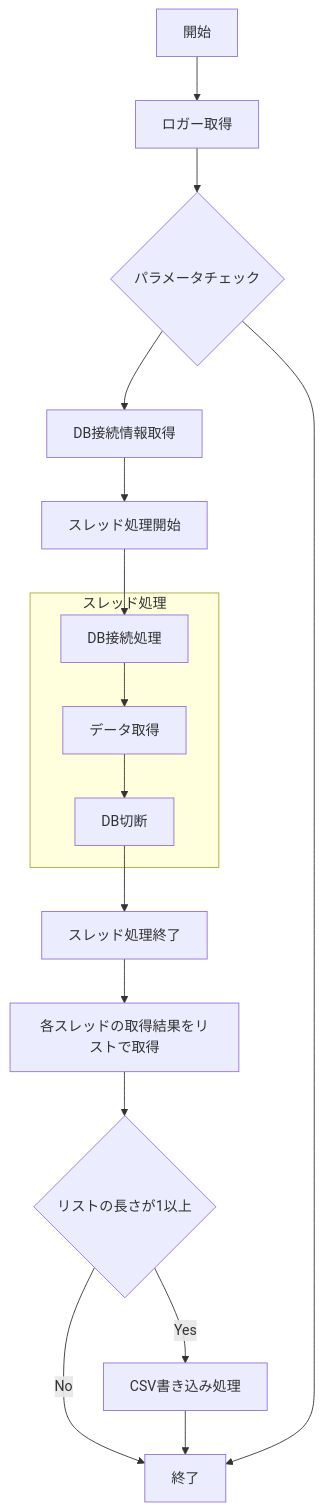
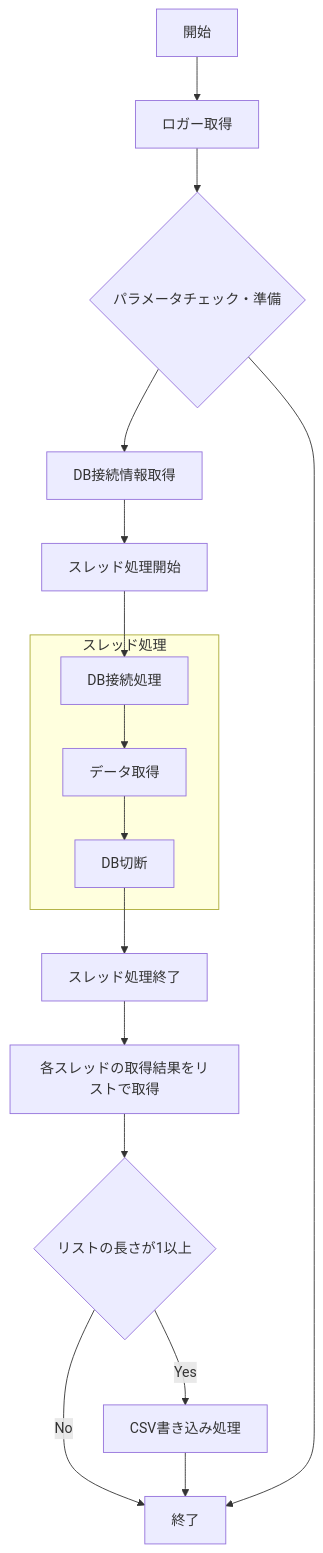
Before and after one commit to ConniConni/roomfinder: the diagram in review_tr_postgis/README.md, drawn with Mermaid. The commit also changed other lines of this file, not shown here.

Commit message:
詳細設計 ロガー取得

````diff
--- a/review_tr_postgis/README.md
+++ b/review_tr_postgis/README.md
@@ -232,20 +236,19 @@
 ```mermaid
-graph TD
-    A[開始] --> B[ロガー取得]
-    B --> C{パラメータチェック}
-    C --> D[DB接続情報取得]
-    D --> E[スレッド処理開始]
-    E --> F[DB接続処理]
-    subgraph スレッド処理
-      F --> G[データ取得]
-      G --> H[DB切断]
+flowchart TD
+    A["開始"] --> B["ロガー取得"]
+    B --> C{"パラメータチェック・準備"}
+    C --> D["DB接続情報取得"]
+    D --> E["スレッド処理開始"]
+    subgraph "スレッド処理"
+      F["DB接続処理"] --> G["データ取得"]
+      G --> H["DB切断"]
     end
-    H --> I[スレッド処理終了]
-    I --> J[各スレッドの取得結果をリストで取得]
-    J --> K{リストの長さが1以上}
-    K -- Yes --> L[CSV書き込み処理]
-    K -- No --> M[終了]
+    E --> F
+    H --> I["スレッド処理終了"]
+    I --> J["各スレッドの取得結果をリストで取得"]
+    J --> K{"リストの長さが1以上"}
+    K -- Yes --> L["CSV書き込み処理"]
+    K -- No --> M["終了"]
     L --> M
     C --> M
-
 ```
````
